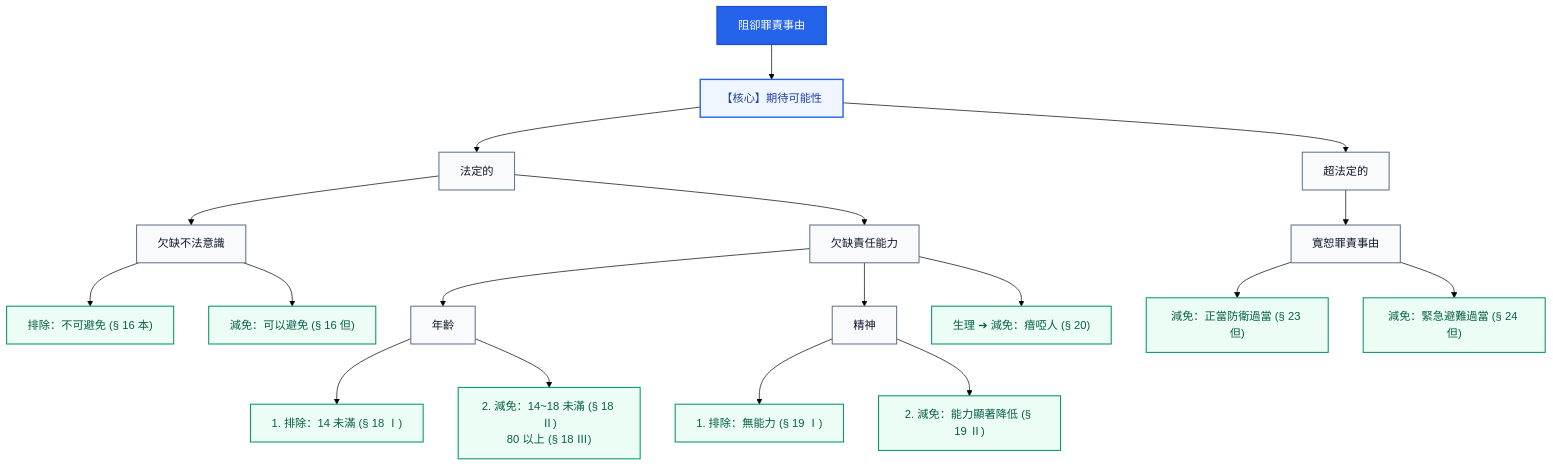
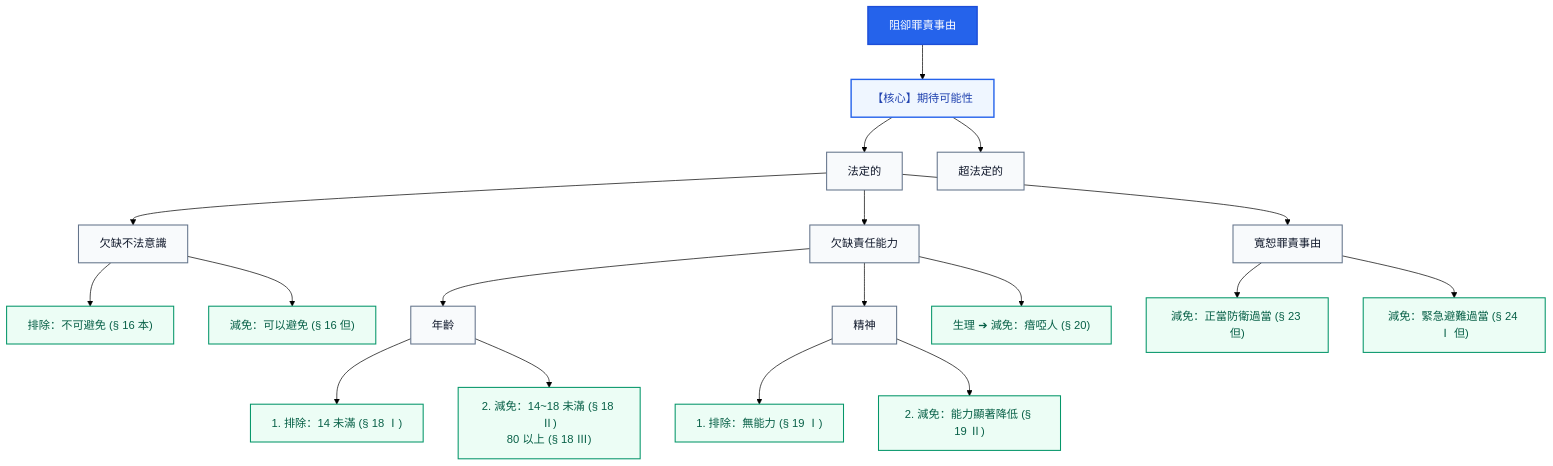
One commit to a10129800/Law_Note changed the second of 36 diagrams in CRIMINAL_LAW_NOTES.md. Above: the diagram before and after it, drawn with Mermaid (forest theme). The commit also changed other lines of this file and 7 other files, not shown here.

````diff
--- a/CRIMINAL_LAW_NOTES.md
+++ b/CRIMINAL_LAW_NOTES.md
@@ -138,31 +138,31 @@
 ```mermaid
 graph TD
     classDef main fill:#2563EB,stroke:#1D4ED8,stroke-width:2px,color:#fff;
     classDef core fill:#EFF6FF,stroke:#2563EB,stroke-width:2px,color:#1E40AF;
     classDef branch fill:#F8FAFC,stroke:#64748B,stroke-width:1.5px,color:#0F172A;
     classDef leaf fill:#ECFDF5,stroke:#059669,stroke-width:1.5px,color:#065F46;
 
     Root["阻卻罪責事由"]:::main --> Core["【核心】期待可能性"]:::core
     
     Core --> Legal["法定的"]:::branch
     Core --> Extra["超法定的"]:::branch
 
     Legal --> NoConscious["欠缺不法意識"]:::branch
     NoConscious --> NC1["排除：不可避免 (§ 16 本)"]:::leaf
     NoConscious --> NC2["減免：可以避免 (§ 16 但)"]:::leaf
 
     Legal --> NoCapacity["欠缺責任能力"]:::branch
     NoCapacity --> Age["年齡"]:::branch
     Age --> Age1["1. 排除：14 未滿 (§ 18 Ⅰ)"]:::leaf
     Age --> Age2["2. 減免：14~18 未滿 (§ 18 Ⅱ)<br>80 以上 (§ 18 Ⅲ)"]:::leaf
 
     NoCapacity --> Mental["精神"]:::branch
     Mental --> Men1["1. 排除：無能力 (§ 19 Ⅰ)"]:::leaf
     Mental --> Men2["2. 減免：能力顯著降低 (§ 19 Ⅱ)"]:::leaf
 
     NoCapacity --> Physio["生理 ➔ 減免：瘖啞人 (§ 20)"]:::leaf
 
-    Extra --> Excuse["寬恕罪責事由"]:::branch
+    Legal --> Excuse["寬恕罪責事由"]:::branch
     Excuse --> Ex1["減免：正當防衛過當 (§ 23 但)"]:::leaf
-    Excuse --> Ex2["減免：緊急避難過當 (§ 24 但)"]:::leaf
+    Excuse --> Ex2["減免：緊急避難過當 (§ 24 Ⅰ 但)"]:::leaf
 ```
````
